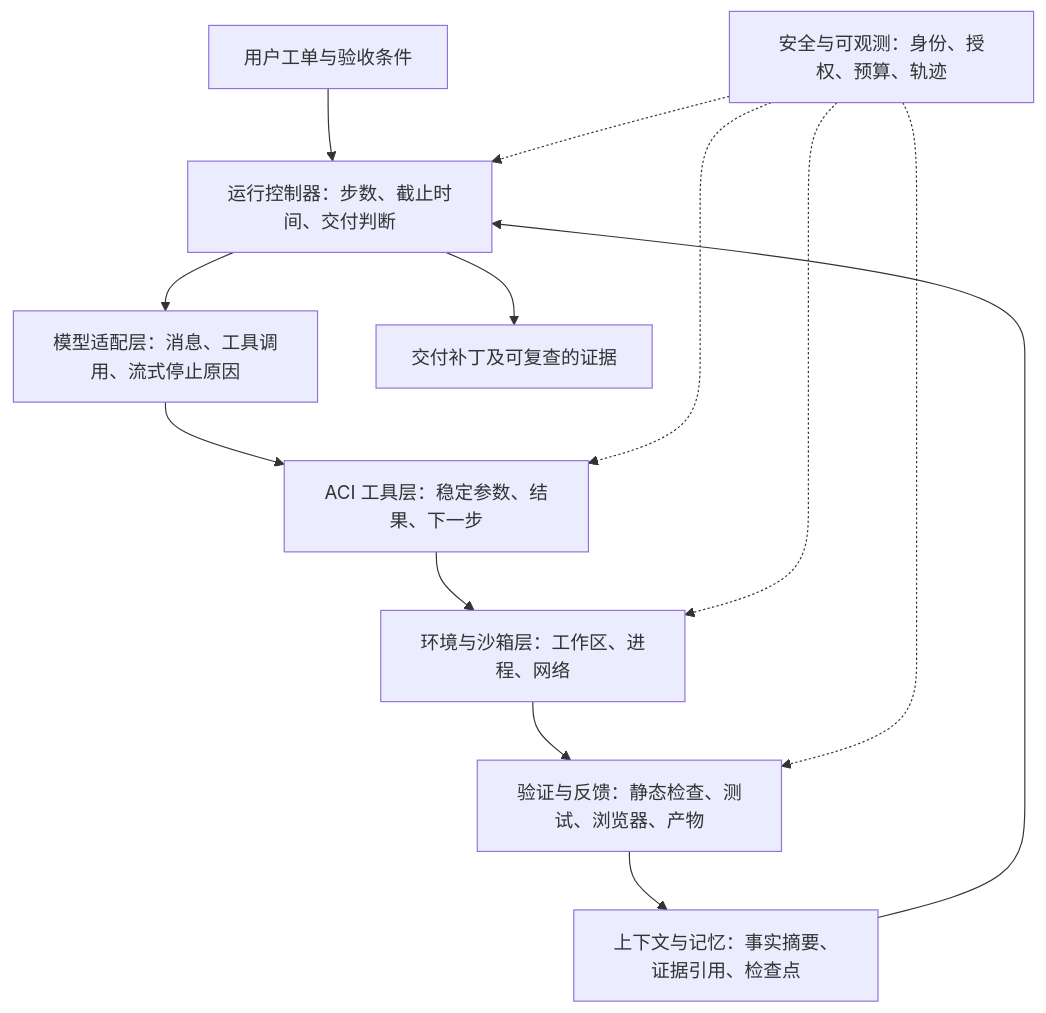
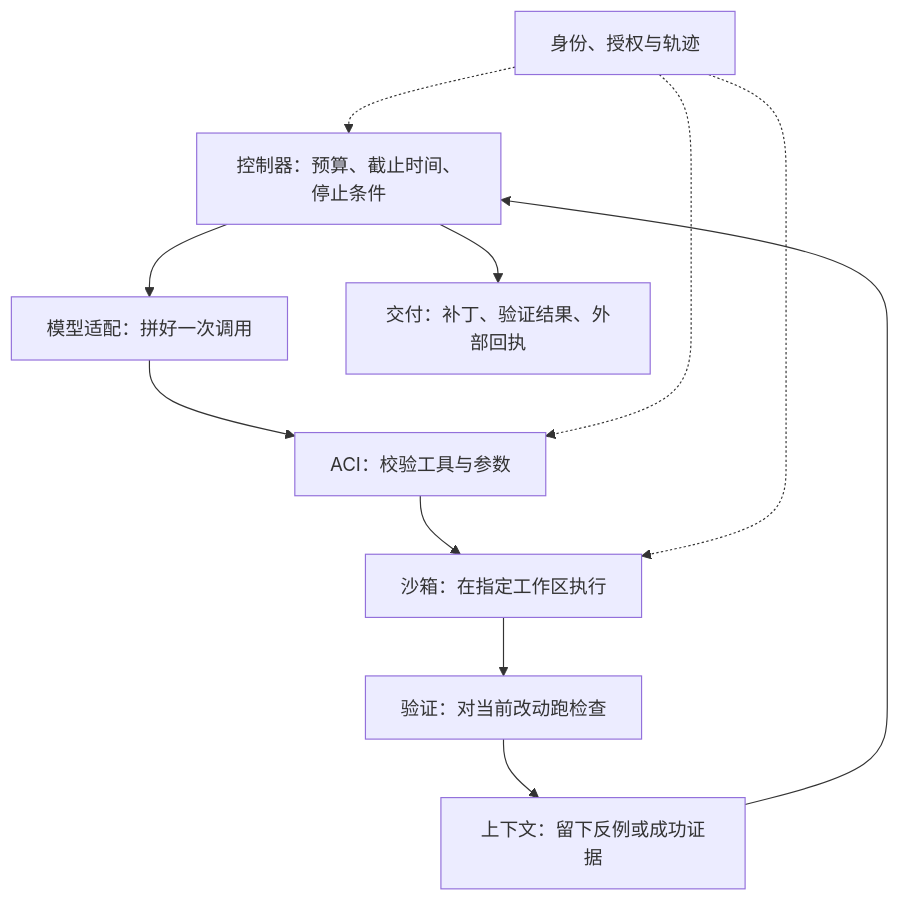
Before and after one commit to echonoshy/agent-engineering-handbook: the first of 2 diagrams in 08-agent-infra-harness-and-protocols/01-harness-engineering-and-sandbox.md, drawn with Mermaid. The commit also changed other lines of this file and 21 other files, not shown here.

````diff
--- a/08-agent-infra-harness-and-protocols/01-harness-engineering-and-sandbox.md
+++ b/08-agent-infra-harness-and-protocols/01-harness-engineering-and-sandbox.md
@@ -11,15 +5,13 @@
 ```mermaid
-flowchart TB
-    U["用户工单与验收条件"] --> L["运行控制器：步数、截止时间、交付判断"]
-    L --> M["模型适配层：消息、工具调用、流式停止原因"]
-    M --> T["ACI 工具层：稳定参数、结果、下一步"]
-    T --> E["环境与沙箱层：工作区、进程、网络"]
-    E --> V["验证与反馈：静态检查、测试、浏览器、产物"]
-    V --> C["上下文与记忆：事实摘要、证据引用、检查点"]
-    C --> L
-    L --> D["交付补丁及可复查的证据"]
-    S["安全与可观测：身份、授权、预算、轨迹"] -.-> L
+flowchart TD
+    C["控制器：预算、截止时间、停止条件"] --> M["模型适配：拼好一次调用"]
+    M --> T["ACI：校验工具与参数"]
+    T --> E["沙箱：在指定工作区执行"]
+    E --> V["验证：对当前改动跑检查"]
+    V --> K["上下文：留下反例或成功证据"]
+    K --> C
+    C --> D["交付：补丁、验证结果、外部回执"]
+    S["身份、授权与轨迹"] -.-> C
     S -.-> T
     S -.-> E
-    S -.-> V
 ```
````
